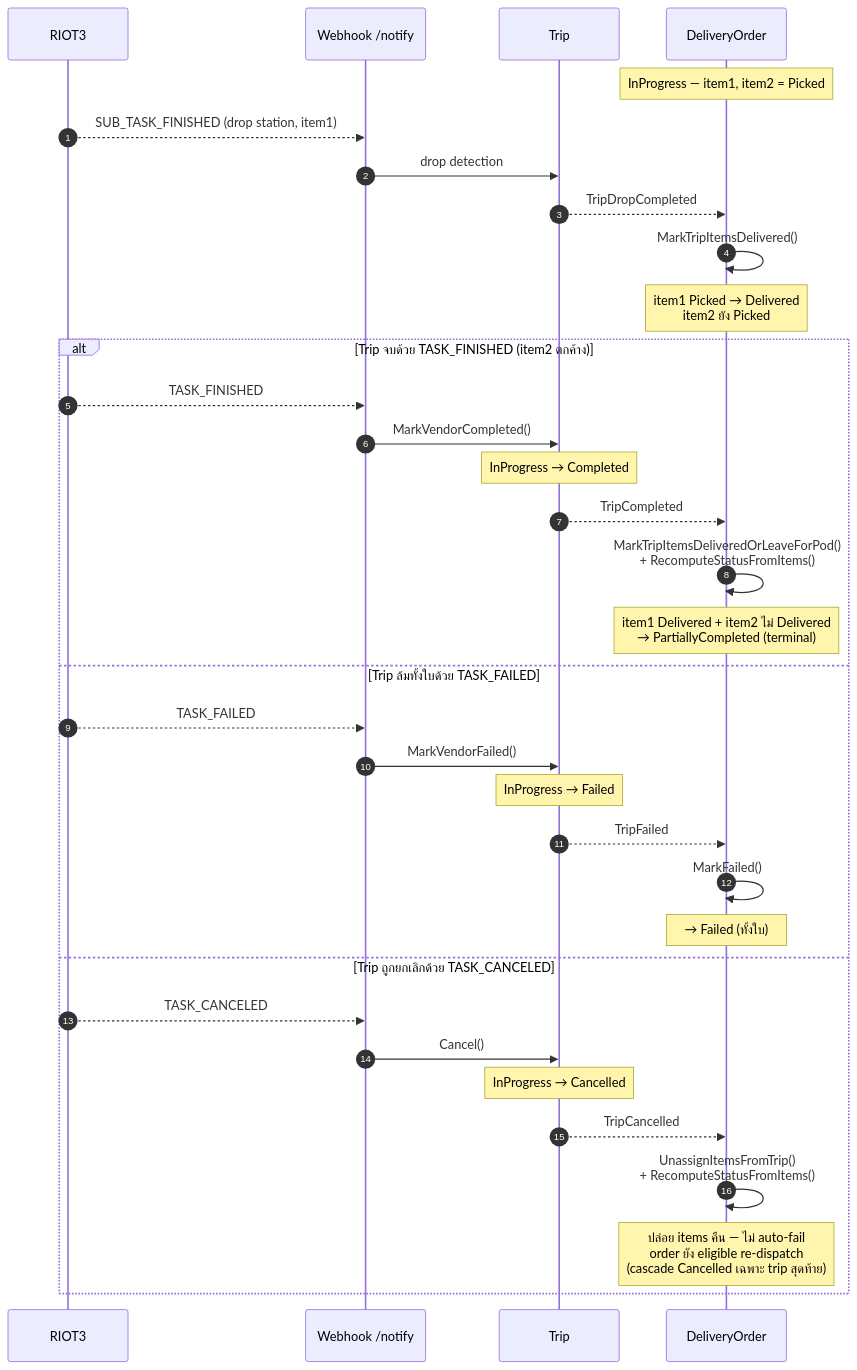
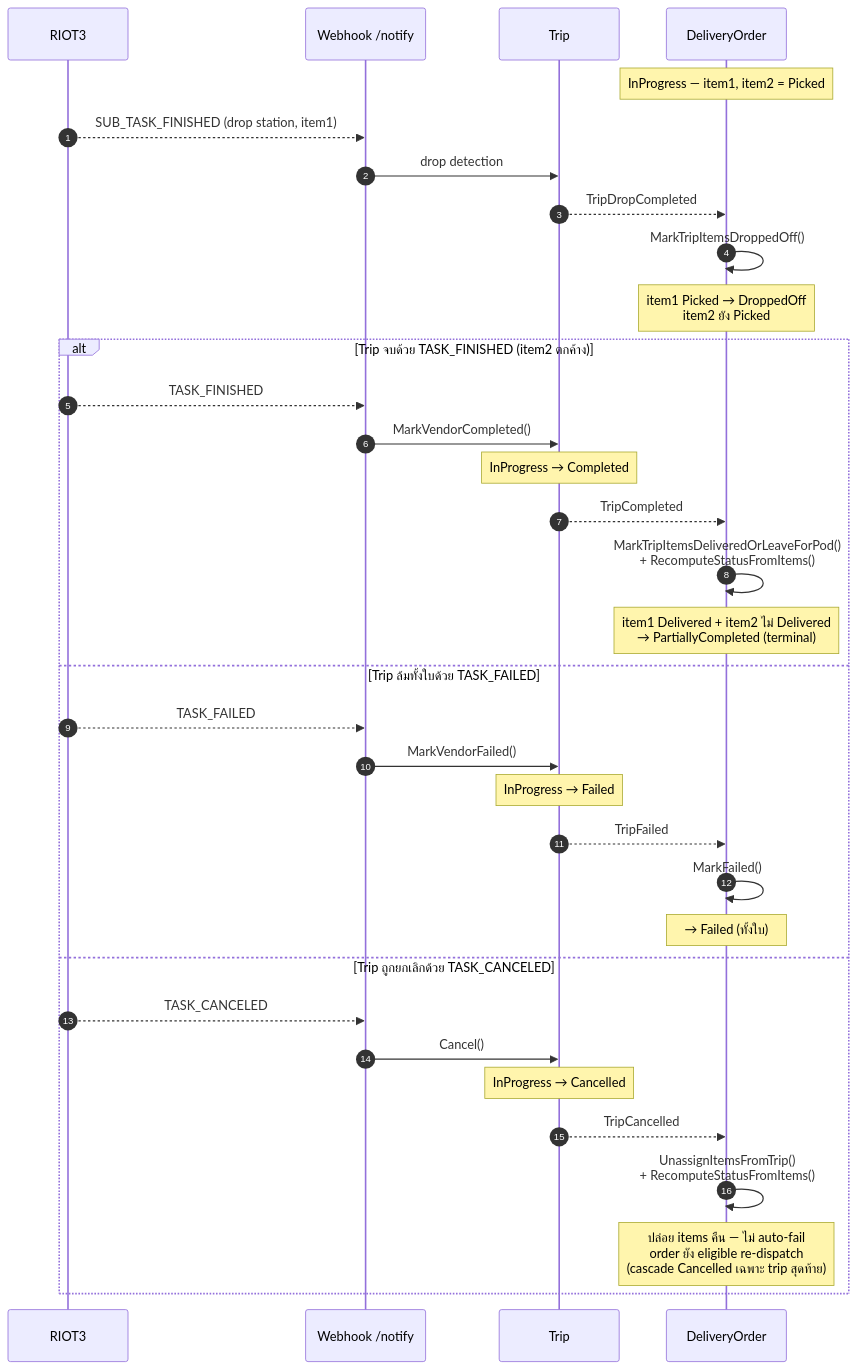
The sixth of 6 diagrams in docs/riot3-trip-lifecycle.md (Tuinuihappy/DTMS), drawn with Mermaid before and after one commit. The commit also changed other lines of this file and 9 other files, not shown here.

First line of the commit message:
fix(delivery-order): land no-POD items at DroppedOff on drop, Delivered at trip complete

````diff
--- a/docs/riot3-trip-lifecycle.md
+++ b/docs/riot3-trip-lifecycle.md
@@ -369,39 +372,39 @@
 ```mermaid
 sequenceDiagram
     autonumber
     participant R as RIOT3
     participant WH as Webhook /notify
     participant T as Trip
     participant O as DeliveryOrder
 
     Note over O: InProgress — item1, item2 = Picked
 
     R-->>WH: SUB_TASK_FINISHED (drop station, item1)
     WH->>T: drop detection
     T-->>O: TripDropCompleted
-    O->>O: MarkTripItemsDelivered()
-    Note over O: item1 Picked → Delivered<br/>item2 ยัง Picked
+    O->>O: MarkTripItemsDroppedOff()
+    Note over O: item1 Picked → DroppedOff<br/>item2 ยัง Picked
 
     alt Trip จบด้วย TASK_FINISHED (item2 ตกค้าง)
         R-->>WH: TASK_FINISHED
         WH->>T: MarkVendorCompleted()
         Note over T: InProgress → Completed
         T-->>O: TripCompleted
         O->>O: MarkTripItemsDeliveredOrLeaveForPod()<br/>+ RecomputeStatusFromItems()
         Note over O: item1 Delivered + item2 ไม่ Delivered<br/>→ PartiallyCompleted (terminal)
     else Trip ล้มทั้งใบด้วย TASK_FAILED
         R-->>WH: TASK_FAILED
         WH->>T: MarkVendorFailed()
         Note over T: InProgress → Failed
         T-->>O: TripFailed
         O->>O: MarkFailed()
         Note over O: → Failed (ทั้งใบ)
     else Trip ถูกยกเลิกด้วย TASK_CANCELED
         R-->>WH: TASK_CANCELED
         WH->>T: Cancel()
         Note over T: InProgress → Cancelled
         T-->>O: TripCancelled
         O->>O: UnassignItemsFromTrip()<br/>+ RecomputeStatusFromItems()
         Note over O: ปล่อย items คืน — ไม่ auto-fail<br/>order ยัง eligible re-dispatch<br/>(cascade Cancelled เฉพาะ trip สุดท้าย)
     end
 ```
````
